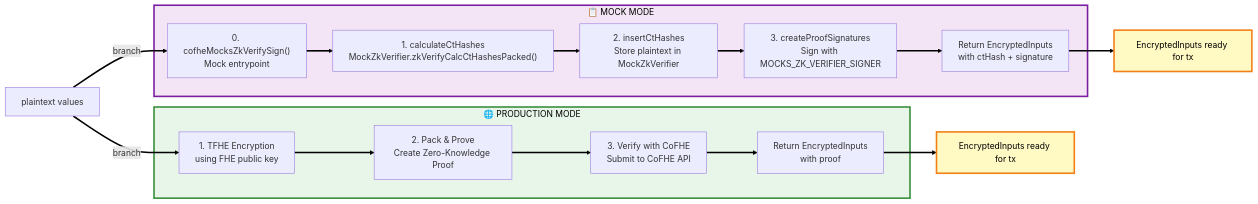
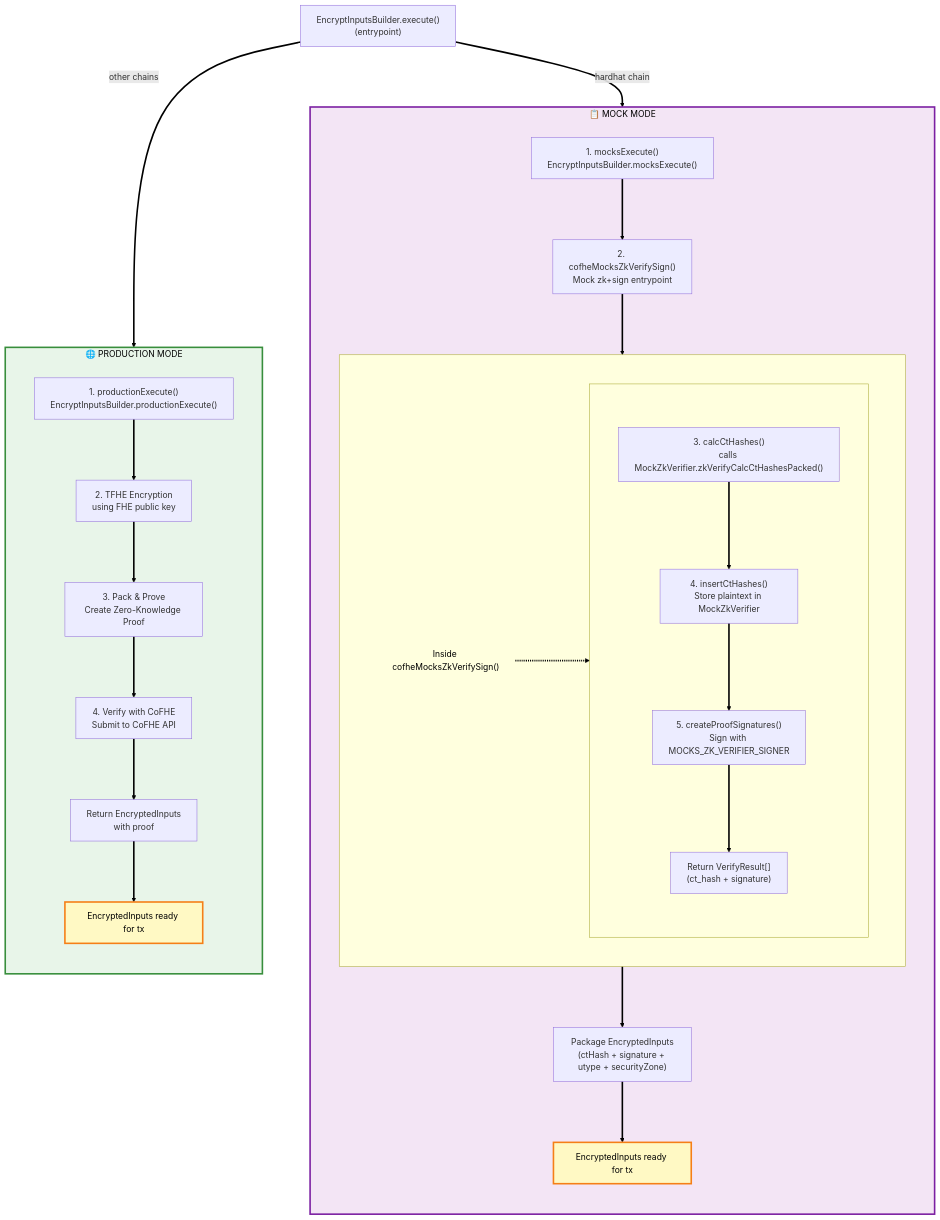
The second of 8 diagrams in ARCHITECTURE.md (FhenixProtocol/cofhesdk), drawn with Mermaid before and after one commit.

Commit message:
tmp: mocked encyption chart fixed

````diff
--- a/ARCHITECTURE.md
+++ b/ARCHITECTURE.md
@@ -59,52 +59,80 @@
 ```mermaid
-graph LR
-    Start["plaintext values"]
+%%{init: {"flowchart": {"nodeSpacing": 90, "rankSpacing": 90}}}%%
+graph TD
+    Start["EncryptInputsBuilder.execute()\n(entrypoint)"]
+
+    Start -->|hardhat chain| MExec
+    Start -->|other chains| PExec
 
     subgraph Mock["📋 MOCK MODE"]
-        M0["0. cofheMocksZkVerifySign()<br/>Mock entrypoint"]
-        M1["1. calculateCtHashes<br/>MockZkVerifier.zkVerifyCalcCtHashesPacked()"]
-        M2["2. insertCtHashes<br/>Store plaintext in MockZkVerifier"]
-        M3["3. createProofSignatures<br/>Sign with MOCKS_ZK_VERIFIER_SIGNER"]
-        M4["Return EncryptedInputs<br/>with ctHash + signature"]
+        direction TB
+
+        MExec["1. mocksExecute()<br/>EncryptInputsBuilder.mocksExecute()"]
+        M0["2. cofheMocksZkVerifySign()<br/>Mock zk+sign entrypoint"]
+
+        subgraph MInner[" "]
+            direction LR
+            MInnerNote["Inside cofheMocksZkVerifySign()"]
+
+            subgraph MInnerSteps[" "]
+                direction TB
+                M1["3. calcCtHashes()<br/>calls MockZkVerifier.zkVerifyCalcCtHashesPacked()"]
+                M2["4. insertCtHashes()<br/>Store plaintext in MockZkVerifier"]
+                M3["5. createProofSignatures()<br/>Sign with MOCKS_ZK_VERIFIER_SIGNER"]
+                MRet["Return VerifyResult[]<br/>(ct_hash + signature)"]
+            end
+        end
+
+        MPackage["Package EncryptedInputs<br/>(ctHash + signature + utype + securityZone)"]
+        EndMock["EncryptedInputs ready for tx"]
+
+        MExec --> M0
+        M0 --> M1
+        MInnerNote -.-> M1
+        M1 --> M2
+        M2 --> M3
+        M3 --> MRet
+        MRet --> MPackage
+        MPackage --> EndMock
     end
 
     subgraph Prod["🌐 PRODUCTION MODE"]
-        P1["1. TFHE Encryption<br/>using FHE public key"]
-        P2["2. Pack & Prove<br/>Create Zero-Knowledge Proof"]
-        P3["3. Verify with CoFHE<br/>Submit to CoFHE API"]
+        direction TB
+
+        PExec["1. productionExecute()<br/>EncryptInputsBuilder.productionExecute()"]
+        P1["2. TFHE Encryption<br/>using FHE public key"]
+        P2["3. Pack & Prove<br/>Create Zero-Knowledge Proof"]
+        P3["4. Verify with CoFHE<br/>Submit to CoFHE API"]
         P4["Return EncryptedInputs<br/>with proof"]
+        EndProd["EncryptedInputs ready for tx"]
+
+        PExec --> P1
+        P1 --> P2
+        P2 --> P3
+        P3 --> P4
+        P4 --> EndProd
     end
-
-    Start -->|branch| M0
-    Start -->|branch| P1
-
-    M0 --> M1
-    M1 --> M2
-    M2 --> M3
-    M3 --> M4
-
-    P1 --> P2
-    P2 --> P3
-    P3 --> P4
-
-    M4 --> EndMock["EncryptedInputs ready for tx"]
-    P4 --> EndProd["EncryptedInputs ready for tx"]
 
     linkStyle default stroke:#000,stroke-width:3px
 
     %% Clickable nodes (GitHub-friendly links + line anchors)
-    click Start "https://github.com/FhenixProtocol/cofhesdk/blob/decrypt-with-proof-refinements/packages/sdk/core/client.ts#L124-L150" "SDK entrypoint (encryptInputs)"
-    click M0 "https://github.com/FhenixProtocol/cofhesdk/blob/decrypt-with-proof-refinements/packages/sdk/core/encrypt/cofheMocksZkVerifySign.ts#L252-L283" "Mock entrypoint: cofheMocksZkVerifySign"
-    click M1 "https://github.com/FhenixProtocol/cofhesdk/blob/decrypt-with-proof-refinements/packages/mock-contracts/contracts/MockZkVerifier.sol#L72" "MockZkVerifier hashing (zkVerifyCalcCtHashesPacked)"
+    click Start "https://github.com/FhenixProtocol/cofhesdk/blob/decrypt-with-proof-refinements/packages/sdk/core/encrypt/encryptInputsBuilder.ts#L553" "Entry point: EncryptInputsBuilder.execute()"
+    click MExec "https://github.com/FhenixProtocol/cofhesdk/blob/decrypt-with-proof-refinements/packages/sdk/core/encrypt/encryptInputsBuilder.ts#L407" "Mock path: EncryptInputsBuilder.mocksExecute()"
+    click M0 "https://github.com/FhenixProtocol/cofhesdk/blob/decrypt-with-proof-refinements/packages/sdk/core/encrypt/cofheMocksZkVerifySign.ts#L252" "Mock entrypoint: cofheMocksZkVerifySign"
+    click M1 "https://github.com/FhenixProtocol/cofhesdk/blob/decrypt-with-proof-refinements/packages/sdk/core/encrypt/cofheMocksZkVerifySign.ts#L89" "Mock flow: calcCtHashes (calls MockZkVerifier.zkVerifyCalcCtHashesPacked)"
     click M2 "https://github.com/FhenixProtocol/cofhesdk/blob/decrypt-with-proof-refinements/packages/sdk/core/encrypt/cofheMocksZkVerifySign.ts#L153" "Mock flow: insert ctHashes"
     click M3 "https://github.com/FhenixProtocol/cofhesdk/blob/decrypt-with-proof-refinements/packages/sdk/core/encrypt/cofheMocksZkVerifySign.ts#L184" "Mock flow: createProofSignatures"
-    click M4 "https://github.com/FhenixProtocol/cofhesdk/blob/decrypt-with-proof-refinements/packages/sdk/core/encrypt/encryptInputsBuilder.ts#L407-L451" "Mock execute(): returns EncryptedInputs"
-    click P1 "https://github.com/FhenixProtocol/cofhesdk/blob/decrypt-with-proof-refinements/packages/sdk/core/encrypt/encryptInputsBuilder.ts#L453" "Production execute(): init + fetch keys"
-    click P2 "https://github.com/FhenixProtocol/cofhesdk/blob/decrypt-with-proof-refinements/packages/sdk/core/encrypt/zkPackProveVerify.ts#L105-L252" "zkPack + zkProve"
-    click P3 "https://github.com/FhenixProtocol/cofhesdk/blob/decrypt-with-proof-refinements/packages/sdk/core/encrypt/zkPackProveVerify.ts#L268-L336" "zkVerify (calls verifierUrl /verify)"
-    click P4 "https://github.com/FhenixProtocol/cofhesdk/blob/decrypt-with-proof-refinements/packages/sdk/core/encrypt/encryptInputsBuilder.ts#L518-L540" "Production execute(): package EncryptedInputs"
-    click EndMock "https://github.com/FhenixProtocol/cofhesdk/blob/decrypt-with-proof-refinements/packages/sdk/core/encrypt/encryptInputsBuilder.ts#L439" "Mock: EncryptedInputs ready for tx"
+    click PExec "https://github.com/FhenixProtocol/cofhesdk/blob/decrypt-with-proof-refinements/packages/sdk/core/encrypt/encryptInputsBuilder.ts#L453" "Production path: EncryptInputsBuilder.productionExecute()"
+    click P1 "https://github.com/FhenixProtocol/cofhesdk/blob/decrypt-with-proof-refinements/packages/sdk/core/encrypt/encryptInputsBuilder.ts#L453" "Production path: TFHE encrypt (within productionExecute)"
+    click P2 "https://github.com/FhenixProtocol/cofhesdk/blob/decrypt-with-proof-refinements/packages/sdk/core/encrypt/zkPackProveVerify.ts#L105" "zkPack + zkProve"
+    click P3 "https://github.com/FhenixProtocol/cofhesdk/blob/decrypt-with-proof-refinements/packages/sdk/core/encrypt/zkPackProveVerify.ts#L268" "zkVerify (calls verifierUrl /verify)"
+    click P4 "https://github.com/FhenixProtocol/cofhesdk/blob/decrypt-with-proof-refinements/packages/sdk/core/encrypt/encryptInputsBuilder.ts#L518" "Production path: package + return EncryptedInputs"
+    click MRet "https://github.com/FhenixProtocol/cofhesdk/blob/decrypt-with-proof-refinements/packages/sdk/core/encrypt/cofheMocksZkVerifySign.ts#L273" "Mock: returns ct_hash + signature"
+    click MPackage "https://github.com/FhenixProtocol/cofhesdk/blob/decrypt-with-proof-refinements/packages/sdk/core/encrypt/encryptInputsBuilder.ts#L439" "Mock: package EncryptedInputs"
+    click EndMock "https://github.com/FhenixProtocol/cofhesdk/blob/decrypt-with-proof-refinements/packages/sdk/core/encrypt/encryptInputsBuilder.ts#L447" "Mock: EncryptedInputs ready for tx"
     click EndProd "https://github.com/FhenixProtocol/cofhesdk/blob/decrypt-with-proof-refinements/packages/sdk/core/encrypt/encryptInputsBuilder.ts#L531" "Prod: EncryptedInputs ready for tx"
+
+    style MInnerNote fill:transparent,stroke:transparent,color:#000
 
     style Mock fill:#f3e5f5,stroke:#7b1fa2,stroke-width:3px,color:#000
     style Prod fill:#e8f5e9,stroke:#388e3c,stroke-width:3px,color:#000
````
